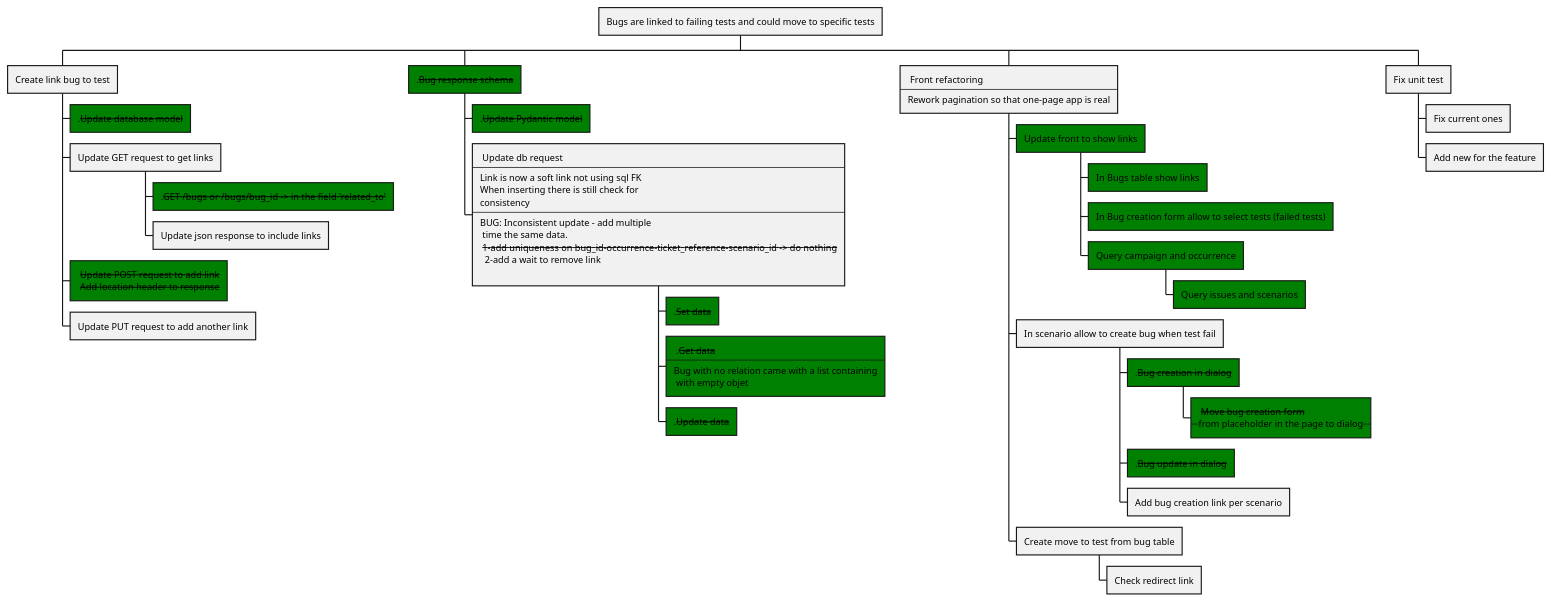
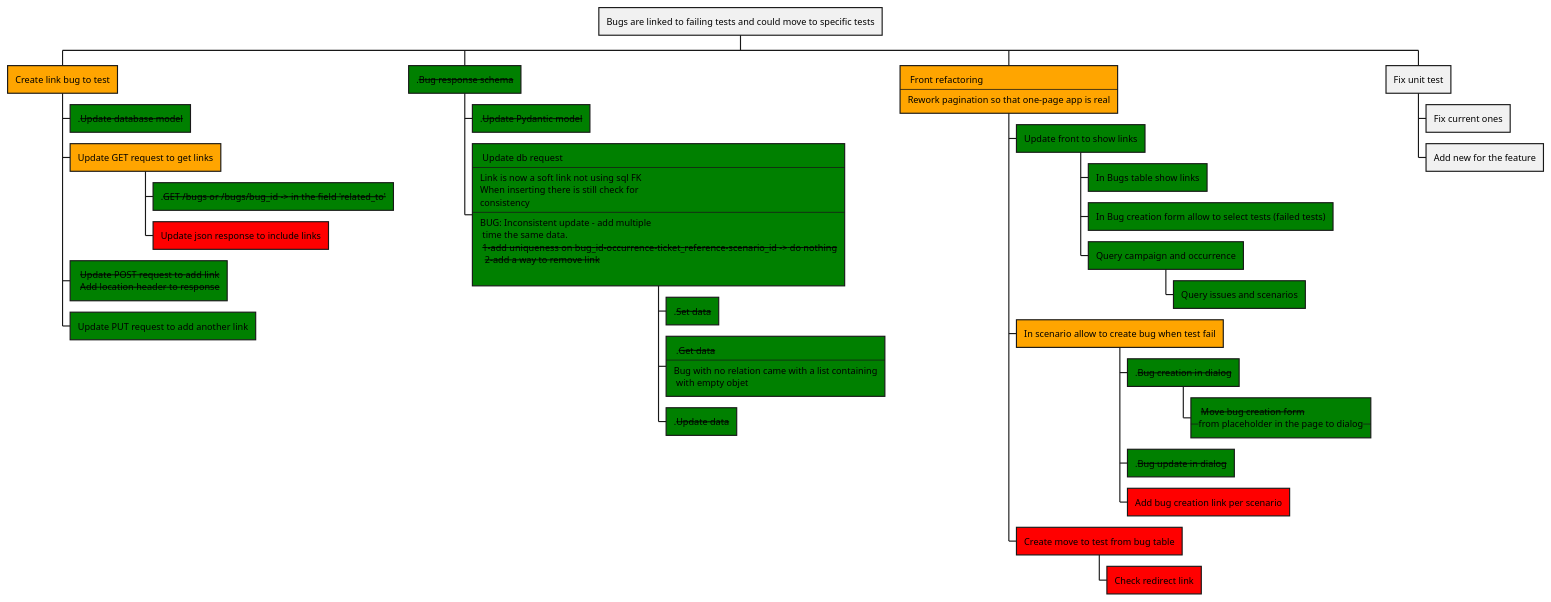
Before and after one commit to Hidden-goblin/eaidashboard: the diagram in documentation/worklog/bug_issue_link.puml, drawn with PlantUML. The commit also changed 11 other files, not shown here.

```diff
--- a/documentation/worklog/bug_issue_link.puml
+++ b/documentation/worklog/bug_issue_link.puml
@@ -1,54 +1,54 @@
 @startwbs
 'https://plantuml.com/wbs-diagram
 
 'https://github.com/Hidden-goblin/eaidashboard/issues/67
 
 * Bugs are linked to failing tests and could move to specific tests
-** Create link bug to test
+**[#orange] Create link bug to test
 ***[#green] .--Update database model--
-*** Update GET request to get links
+***[#orange] Update GET request to get links
 ****[#green] .--GET /bugs or /bugs/bug_id -> in the field 'related_to'--
-**** Update json response to include links
+****[#red] Update json response to include links
 ***[#green]: --Update POST request to add link--
  --Add location header to response--;
-*** Update PUT request to add another link
+***[#green] Update PUT request to add another link
 **[#green] .--Bug response schema--
 ***[#green] .--Update Pydantic model--
-***: Update db request
+***[#green]: Update db request
 ----
 Link is now a soft link not using sql FK
 When inserting there is still check for
 consistency
 ----
 BUG: Inconsistent update - add multiple
  time the same data.
  --1-add uniqueness on bug_id-occurrence-ticket_reference-scenario_id -> do nothing--
-  2-add a wait to remove link
+  --2-add a way to remove link--
 ;
 
 ****[#green] .--Set data--
 ****[#green]: .--Get data--
 ----
 Bug with no relation came with a list containing
  with empty objet;
 ****[#green] .--Update data--
-**: Front refactoring
+**[#orange]: Front refactoring
 ----
 Rework pagination so that one-page app is real;
 ***[#green] Update front to show links
 ****[#green] In Bugs table show links
 ****[#green] In Bug creation form allow to select tests (failed tests)
 ****[#green] Query campaign and occurrence
 *****[#green] Query issues and scenarios
-*** In scenario allow to create bug when test fail
+***[#orange] In scenario allow to create bug when test fail
 ****[#green] .--Bug creation in dialog--
 *****[#green]: --Move bug creation form--
 --from placeholder in the page to dialog--;
 ****[#green] .--Bug update in dialog--
-**** Add bug creation link per scenario
-*** Create move to test from bug table
-**** Check redirect link
+****[#red] Add bug creation link per scenario
+***[#red] Create move to test from bug table
+****[#red] Check redirect link
 ** Fix unit test
 *** Fix current ones
 *** Add new for the feature
 @endwbs
```
